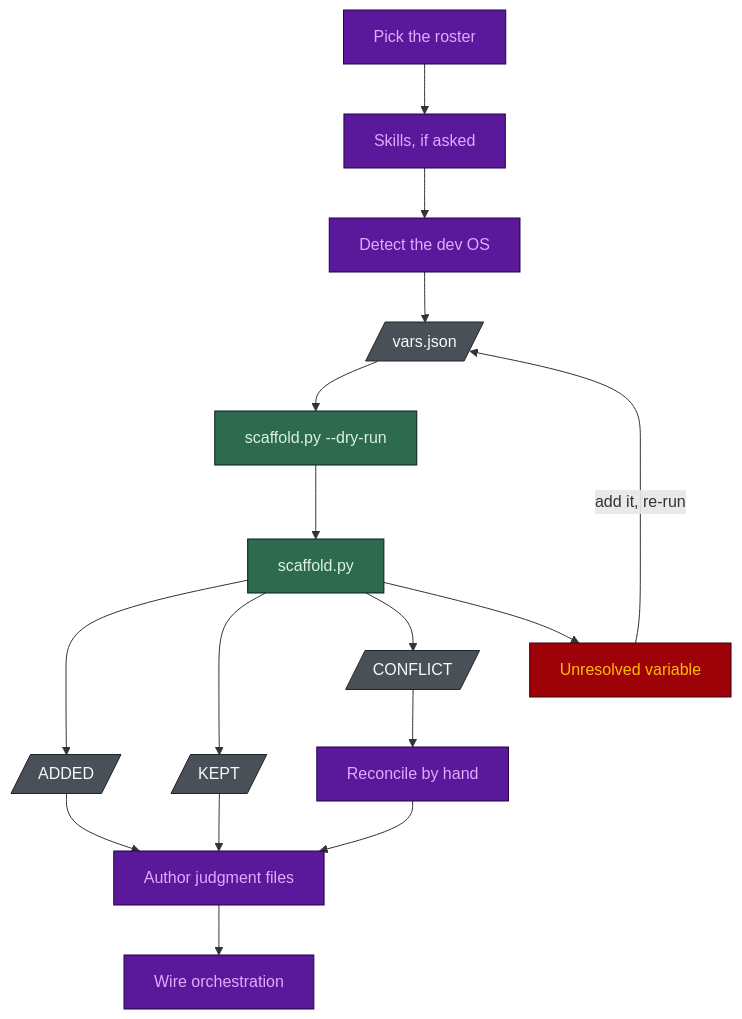
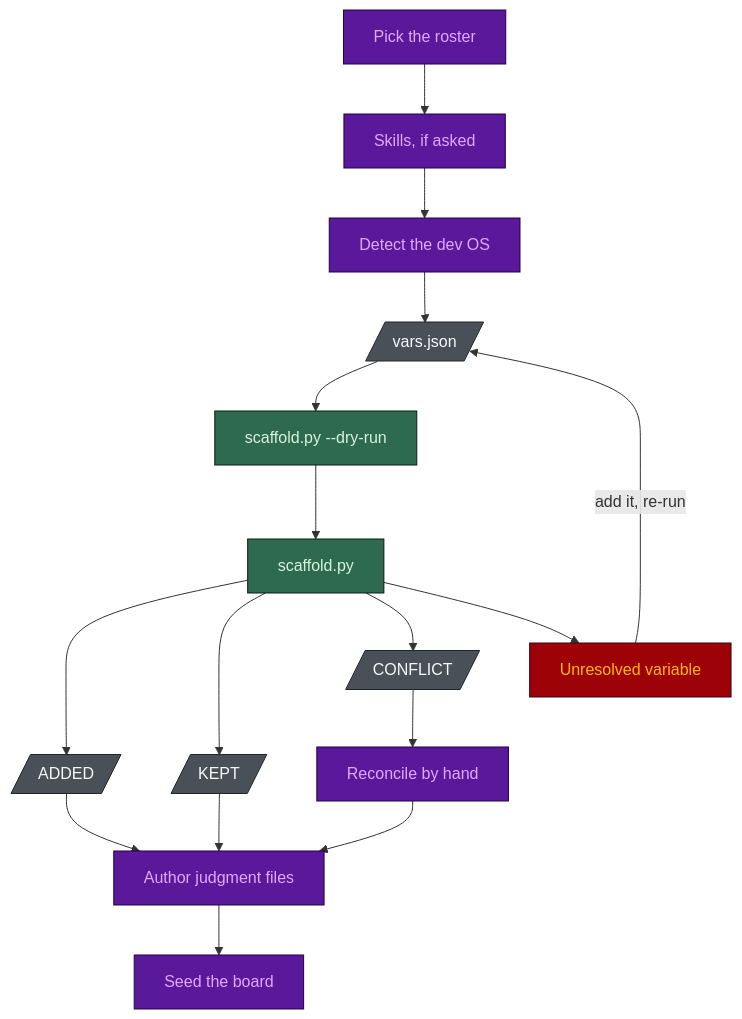
Before and after one commit to nguyenhx2/agent-harness-bootstrap: the fourth of 16 diagrams in docs/FLOWS.md, drawn with Mermaid. The commit also changed other lines of this file and 107 other files, not shown here.

````diff
--- a/docs/FLOWS.md
+++ b/docs/FLOWS.md
@@ -146,38 +146,38 @@
 ```mermaid
 flowchart TD
     ROSTER["Pick the roster"]
     SK["Skills, if asked"]
     OS["Detect the dev OS"]
     VARS[/"vars.json"/]
     DRY["scaffold.py --dry-run"]
     SC["scaffold.py"]
     ADDED[/"ADDED"/]
     KEPT[/"KEPT"/]
     CONF[/"CONFLICT"/]
     MISS["Unresolved variable"]
     REC["Reconcile by hand"]
     GAP["Author judgment files"]
-    WIRE["Wire orchestration"]
+    WIRE["Seed the board"]
 
     ROSTER --> SK --> OS --> VARS --> DRY --> SC
     SC --> ADDED
     SC --> KEPT
     SC --> CONF
     SC --> MISS
     MISS -->|"add it, re-run"| VARS
     CONF --> REC
     ADDED --> GAP
     KEPT --> GAP
     REC --> GAP
     GAP --> WIRE
 
     classDef det fill:#2D6A4F,stroke:#081C15,stroke-width:1px,color:#D8F3DC
     classDef mod fill:#5A189A,stroke:#240046,stroke-width:1px,color:#E0AAFF
     classDef gate fill:#9D0208,stroke:#370617,stroke-width:1px,color:#FFBA08
     classDef art fill:#495057,stroke:#212529,stroke-width:1px,color:#F8F9FA
 
     class ROSTER,SK,OS,REC,GAP,WIRE mod
     class DRY,SC det
     class MISS gate
     class VARS,ADDED,KEPT,CONF art
 ```
````
